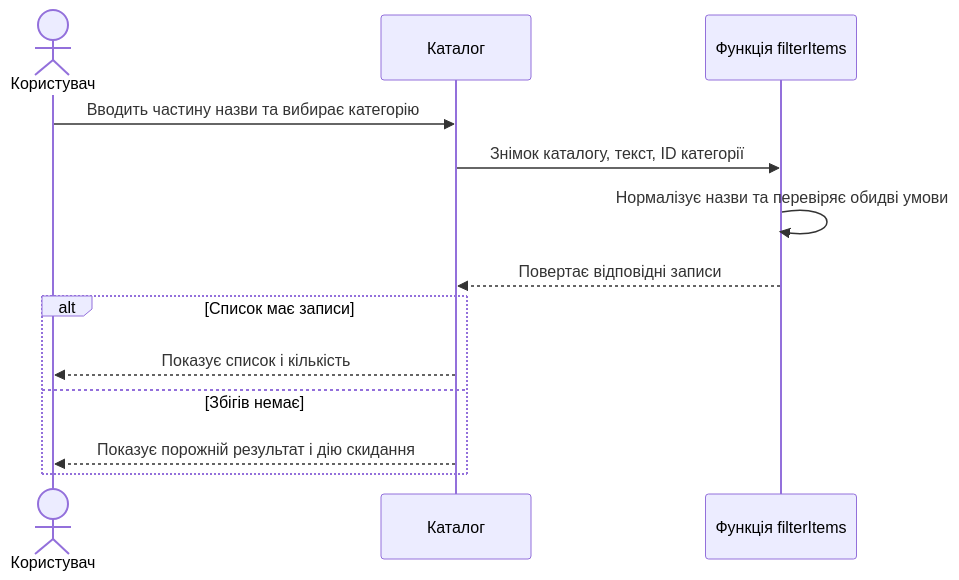
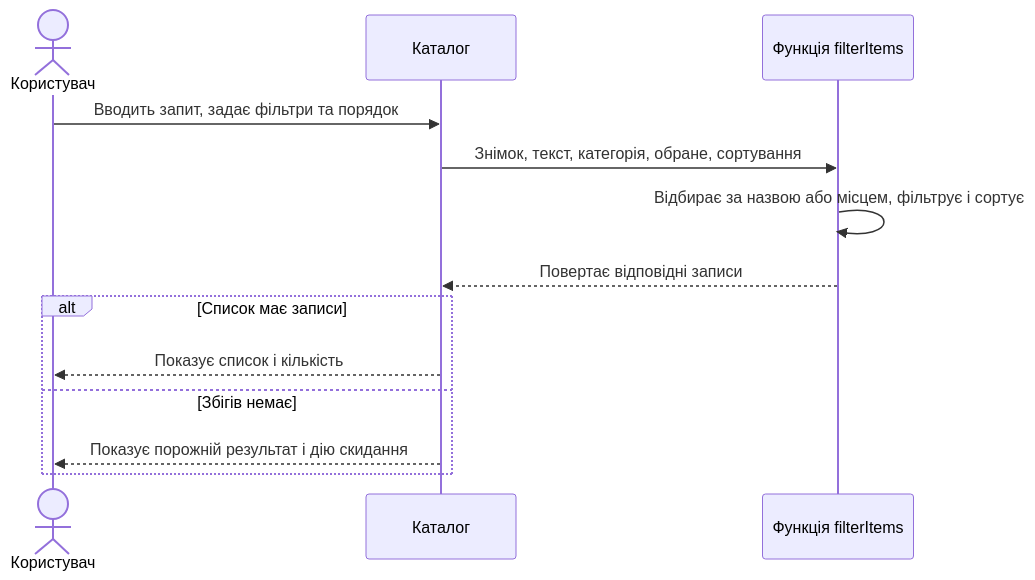
One commit to Sh1kami/Kursovoj changed the second of 2 diagrams in docs/architecture.md. Above: the diagram before and after it, drawn with Mermaid. The commit also changed other lines of this file and 32 other files, not shown here.

````diff
--- a/docs/architecture.md
+++ b/docs/architecture.md
@@ -32,15 +36,15 @@
 ```mermaid
 sequenceDiagram
   actor U as Користувач
   participant C as Каталог
   participant D as Функція filterItems
-  U->>C: Вводить частину назви та вибирає категорію
-  C->>D: Знімок каталогу, текст, ID категорії
-  D->>D: Нормалізує назви та перевіряє обидві умови
+  U->>C: Вводить запит, задає фільтри та порядок
+  C->>D: Знімок, текст, категорія, обране, сортування
+  D->>D: Відбирає за назвою або місцем, фільтрує і сортує
   D-->>C: Повертає відповідні записи
   alt Список має записи
     C-->>U: Показує список і кількість
   else Збігів немає
     C-->>U: Показує порожній результат і дію скидання
   end
 ```
````
